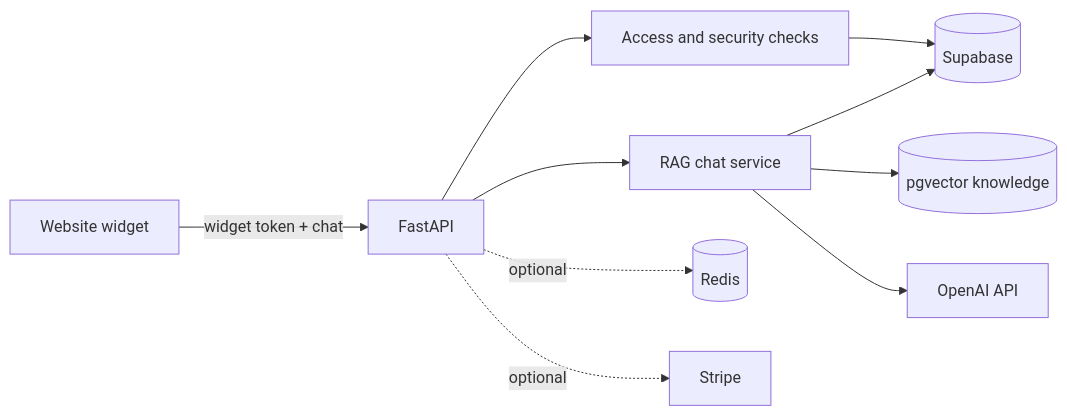
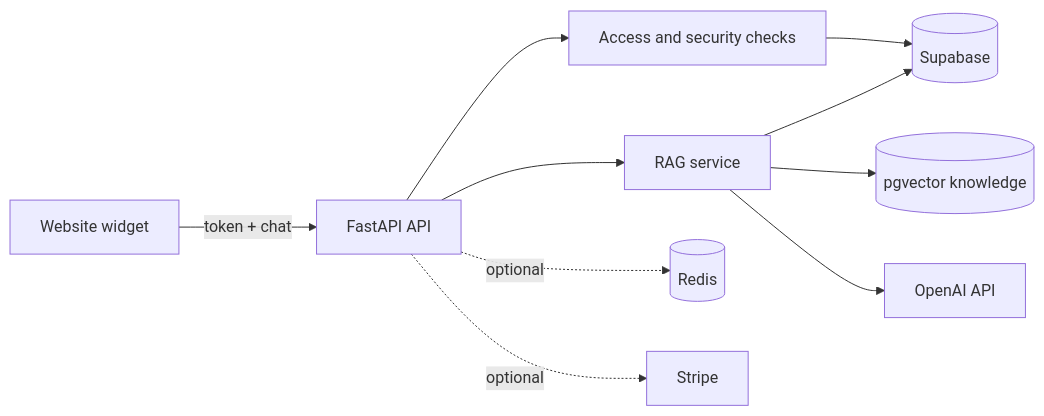
Before and after one commit to tmtcoder12/mbd-api: the diagram in README.md, drawn with Mermaid. The commit also changed other lines of this file and 4 other files, not shown here.

````diff
--- a/README.md
+++ b/README.md
@@ -23,12 +60,12 @@
 ```mermaid
 flowchart LR
-    W[Website widget] -->|widget token + chat| A[FastAPI]
+    W[Website widget] -->|token + chat| A[FastAPI API]
     A --> G[Access and security checks]
     G --> S[(Supabase)]
-    A --> R[RAG chat service]
+    A --> R[RAG service]
     R --> V[(pgvector knowledge)]
     R --> O[OpenAI API]
     R --> S
     A -. optional .-> C[(Redis)]
     A -. optional .-> B[Stripe]
 ```
````
